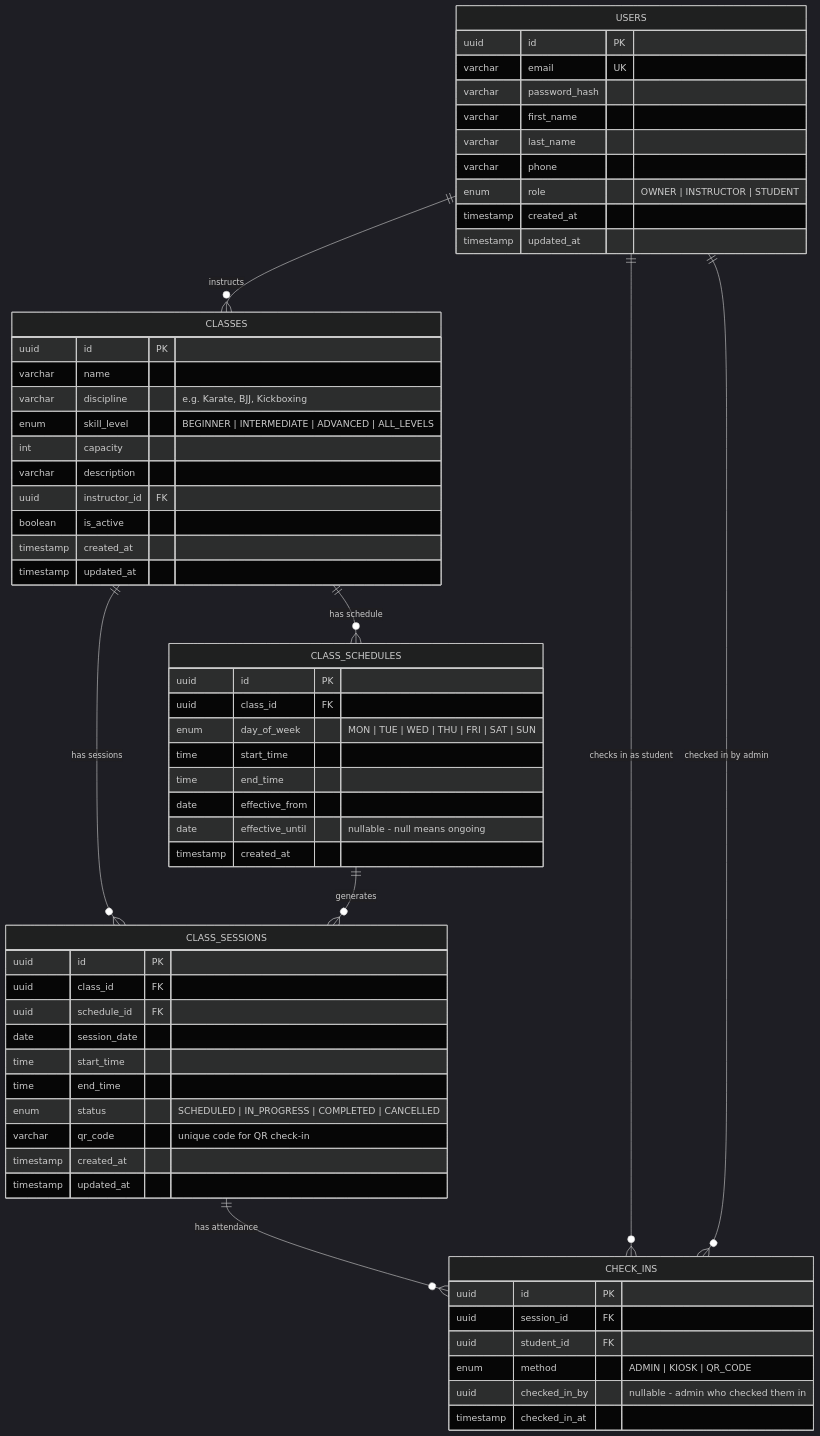
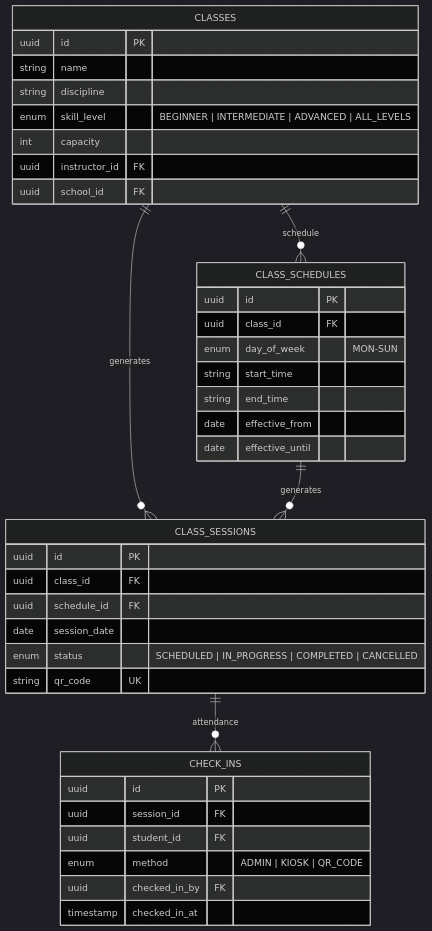
The second of 8 diagrams in docs/database-diagram.md (mrg3220/FlowApp2), drawn with Mermaid (dark theme) before and after one commit. The commit also changed other lines of this file and 18 other files, not shown here.

````diff
--- a/docs/database-diagram.md
+++ b/docs/database-diagram.md
@@ -5,68 +90,45 @@
 ```mermaid
 erDiagram
-    USERS {
-        uuid id PK
-        varchar email UK
-        varchar password_hash
-        varchar first_name
-        varchar last_name
-        varchar phone
-        enum role "OWNER | INSTRUCTOR | STUDENT"
-        timestamp created_at
-        timestamp updated_at
-    }
-
     CLASSES {
         uuid id PK
-        varchar name
-        varchar discipline "e.g. Karate, BJJ, Kickboxing"
+        string name
+        string discipline
         enum skill_level "BEGINNER | INTERMEDIATE | ADVANCED | ALL_LEVELS"
         int capacity
-        varchar description
         uuid instructor_id FK
-        boolean is_active
-        timestamp created_at
-        timestamp updated_at
+        uuid school_id FK
     }
 
     CLASS_SCHEDULES {
         uuid id PK
         uuid class_id FK
-        enum day_of_week "MON | TUE | WED | THU | FRI | SAT | SUN"
-        time start_time
-        time end_time
+        enum day_of_week "MON-SUN"
+        string start_time
+        string end_time
         date effective_from
-        date effective_until "nullable - null means ongoing"
-        timestamp created_at
+        date effective_until
     }
 
     CLASS_SESSIONS {
         uuid id PK
         uuid class_id FK
         uuid schedule_id FK
         date session_date
-        time start_time
-        time end_time
         enum status "SCHEDULED | IN_PROGRESS | COMPLETED | CANCELLED"
-        varchar qr_code "unique code for QR check-in"
-        timestamp created_at
-        timestamp updated_at
+        string qr_code UK
     }
 
     CHECK_INS {
         uuid id PK
         uuid session_id FK
         uuid student_id FK
         enum method "ADMIN | KIOSK | QR_CODE"
-        uuid checked_in_by "nullable - admin who checked them in"
+        uuid checked_in_by FK
         timestamp checked_in_at
     }
 
-    USERS ||--o{ CLASSES : "instructs"
-    CLASSES ||--o{ CLASS_SCHEDULES : "has schedule"
-    CLASSES ||--o{ CLASS_SESSIONS : "has sessions"
+    CLASSES ||--o{ CLASS_SCHEDULES : "schedule"
+    CLASSES ||--o{ CLASS_SESSIONS : "generates"
     CLASS_SCHEDULES ||--o{ CLASS_SESSIONS : "generates"
-    CLASS_SESSIONS ||--o{ CHECK_INS : "has attendance"
-    USERS ||--o{ CHECK_INS : "checks in as student"
-    USERS ||--o{ CHECK_INS : "checked in by admin"
+    CLASS_SESSIONS ||--o{ CHECK_INS : "attendance"
 ```
````
